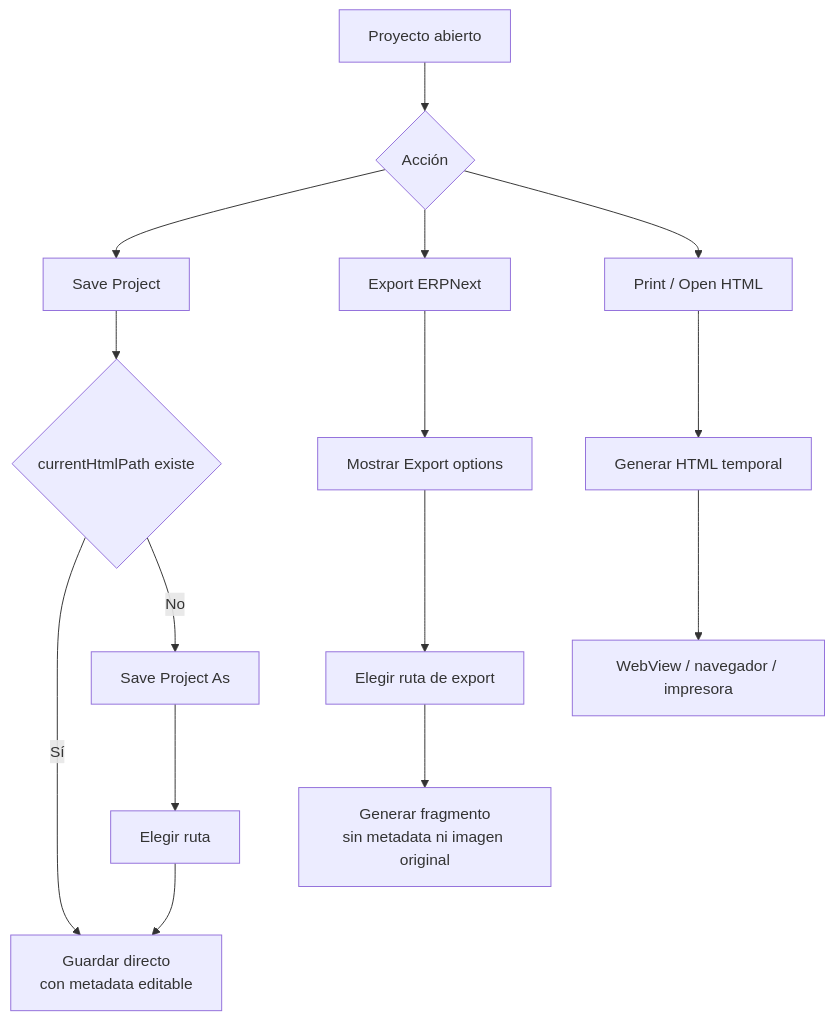
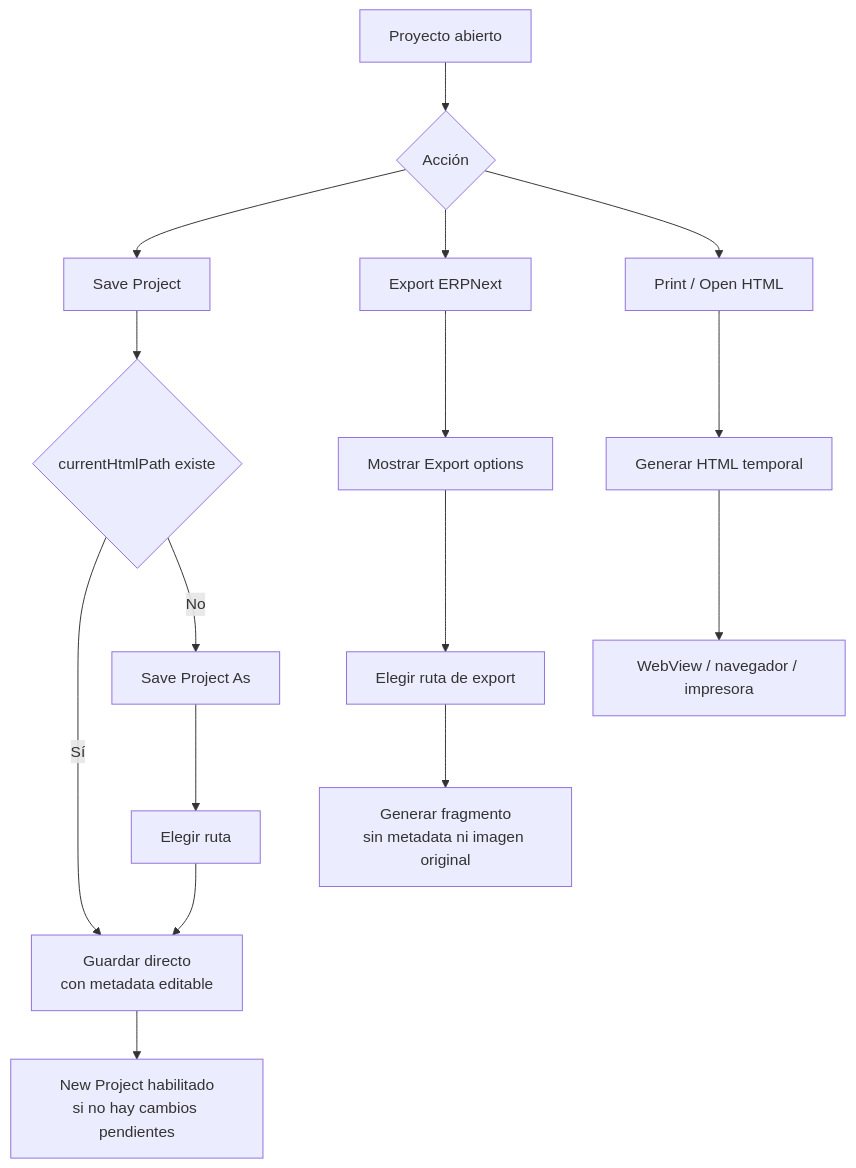
Before and after one commit to berroteran/pdf-overlay-design: the first of 2 diagrams in docs/EXPORT_AND_SAVE.md, drawn with Mermaid. The commit also changed other lines of this file and 4 other files, not shown here.

````diff
--- a/docs/EXPORT_AND_SAVE.md
+++ b/docs/EXPORT_AND_SAVE.md
@@ -13,20 +13,21 @@
 ```mermaid
 flowchart TD
     A[Proyecto abierto] --> B{Acción}
 
     B --> C[Save Project]
     C --> D{currentHtmlPath existe}
     D -->|Sí| E[Guardar directo\ncon metadata editable]
     D -->|No| F[Save Project As]
     F --> G[Elegir ruta]
     G --> E
+    E --> O[New Project habilitado\nsi no hay cambios pendientes]
 
     B --> H[Export ERPNext]
     H --> I[Mostrar Export options]
     I --> J[Elegir ruta de export]
     J --> K[Generar fragmento\nsin metadata ni imagen original]
 
     B --> L[Print / Open HTML]
     L --> M[Generar HTML temporal]
     M --> N[WebView / navegador / impresora]
 ```
````
